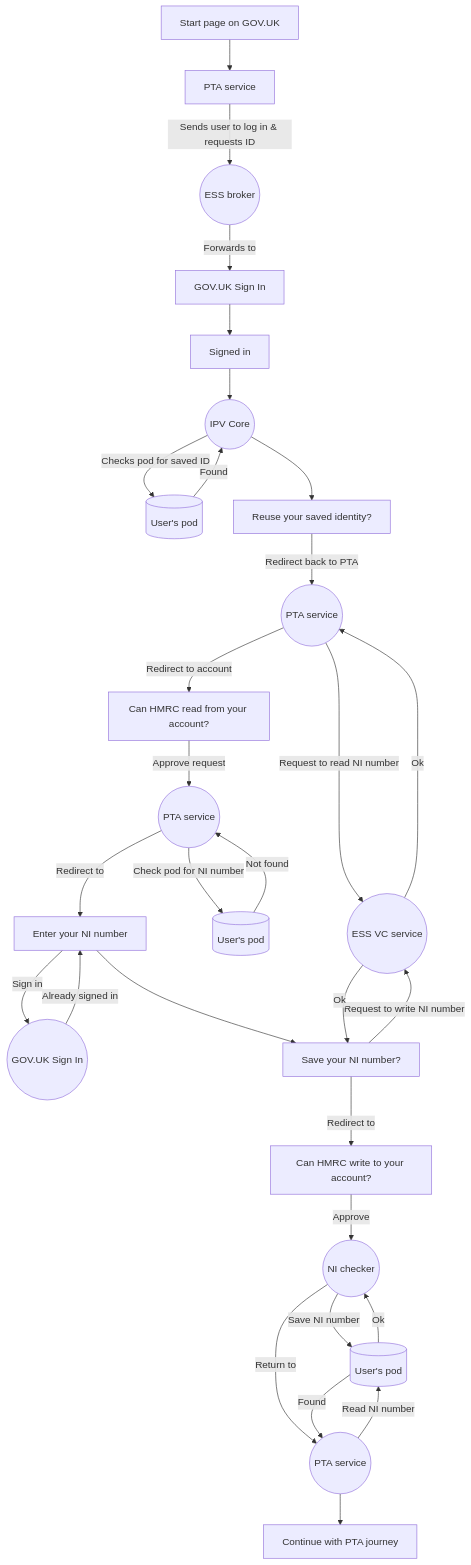
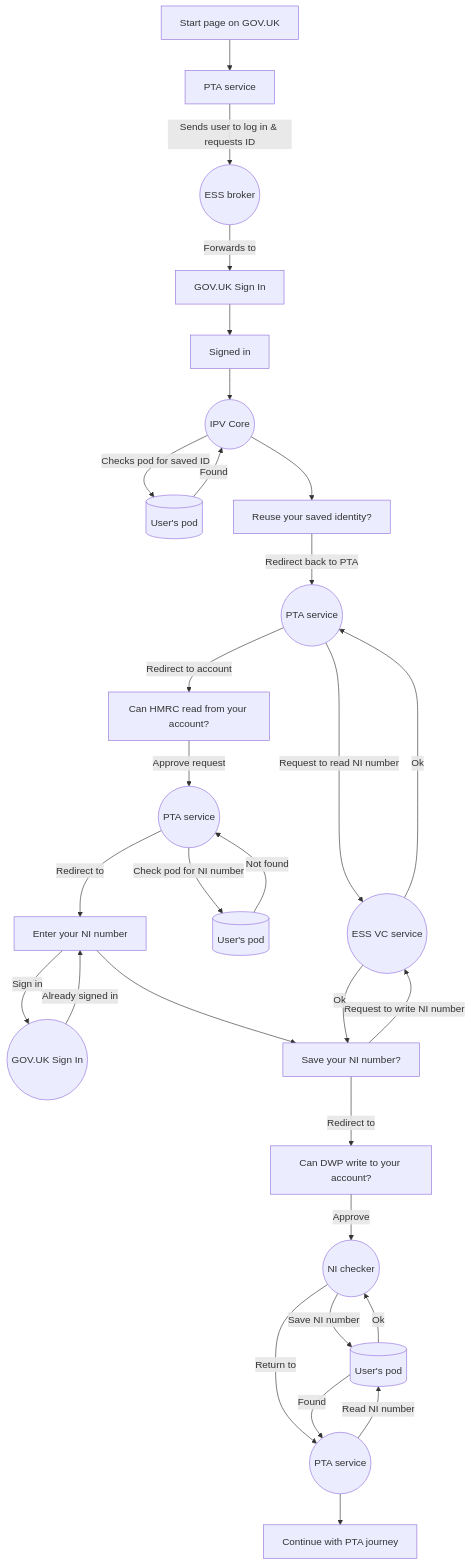
Before and after one commit to alphagov/di-solid-prototype: the third of 3 diagrams in docs/README.md, drawn with Mermaid.

Commit message:
Correct 'HMRC' to 'DWP' in stretch goal diagram
The fictional NINO checker service would be run
by DWP in real life. So it would be DWP writing
this data to the Pod.

````diff
--- a/docs/README.md
+++ b/docs/README.md
@@ -62,32 +62,32 @@
 ```mermaid
 graph TD
     A[Start page on GOV.UK] --> B
     B[PTA service] -->|Sends user to log in & requests ID| C
     C((ESS broker)) -->|Forwards to|D
     D[GOV.UK Sign In] --> E
     E[Signed in] --> G
     G((IPV Core)) -->|Checks pod for saved ID|H
     H[(User's pod)] -->|Found|G
     G --> I
     I[Reuse your saved identity?] -->|Redirect back to PTA| K
     K((PTA service)) -->|Request to read NI number|L
     L((ESS VC service)) -->|Ok|K
     K -->|Redirect to account|M
     M[Can HMRC read from your account?] -->|Approve request|N
     N((PTA service)) -->|Check pod for NI number|W
     W[(User's pod)] -->|Not found|N
     N -->|Redirect to|O
     O((NI number checker)) -->|Sign in|P
     P((GOV.UK Sign In)) -->|Already signed in|O
     O[Enter your NI number] -->Q
     Q[Save your NI number?] -->|Request to write NI number|L
     L -->|Ok|Q
     Q -->|Redirect to|R
-    R[Can HMRC write to your account?] -->|Approve|S
+    R[Can DWP write to your account?] -->|Approve|S
     S((NI checker)) -->|Save NI number| T
     T[(User's pod)] -->|Ok| S
     S -->|Return to|U
     U((PTA service)) -->|Read NI number|T
     T -->|Found|U
     U -->V[Continue with PTA journey]
 ```
````
